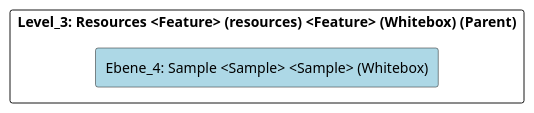
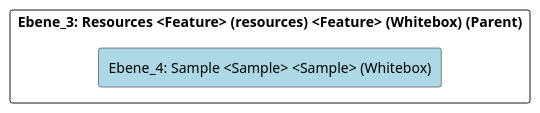
The diagram in doc/cleonproject_deliverables_architecture_model_architecture/adoc/de/05_bausteinsicht/cleon/common/resources/sample/ebene_4_sample.adoc (marcozwyssig/cleon), drawn with PlantUML before and after one commit. The commit also changed other lines of this file and 620 other files, not shown here.

```diff
--- a/doc/cleonproject_deliverables_architecture_model_architecture/adoc/de/05_bausteinsicht/cleon/common/resources/sample/ebene_4_sample.adoc
+++ b/doc/cleonproject_deliverables_architecture_model_architecture/adoc/de/05_bausteinsicht/cleon/common/resources/sample/ebene_4_sample.adoc
@@ -20,24 +20,24 @@
 [plantuml, Ebene_4: Sample <Sample> <Sample> (Whitebox)BlockOverview, format="svg"]
 ----
 @startuml Ebene_4: Sample <Sample> <Sample> (Whitebox)BuildingBlockOverview
 
 skinparam ranksep 10
 skinparam componentStyle rectangle
 skinparam shadowing false
 skinparam arrowColor lightblue
 skinparam arrowThickness 1.2
 skinparam rectangle {
   BackgroundColor White
   BorderColor #333
   RoundCorner 10
 }
 top to bottom direction
 
-component "Level_3: Resources <Feature> (resources) <Feature> (Whitebox) (Parent)" {
+component "Ebene_3: Resources <Feature> (resources) <Feature> (Whitebox) (Parent)" {
     component "Ebene_4: Sample <Sample> <Sample> (Whitebox)" #lightblue {
     }
 
 }
 
 @enduml
 ----
```
